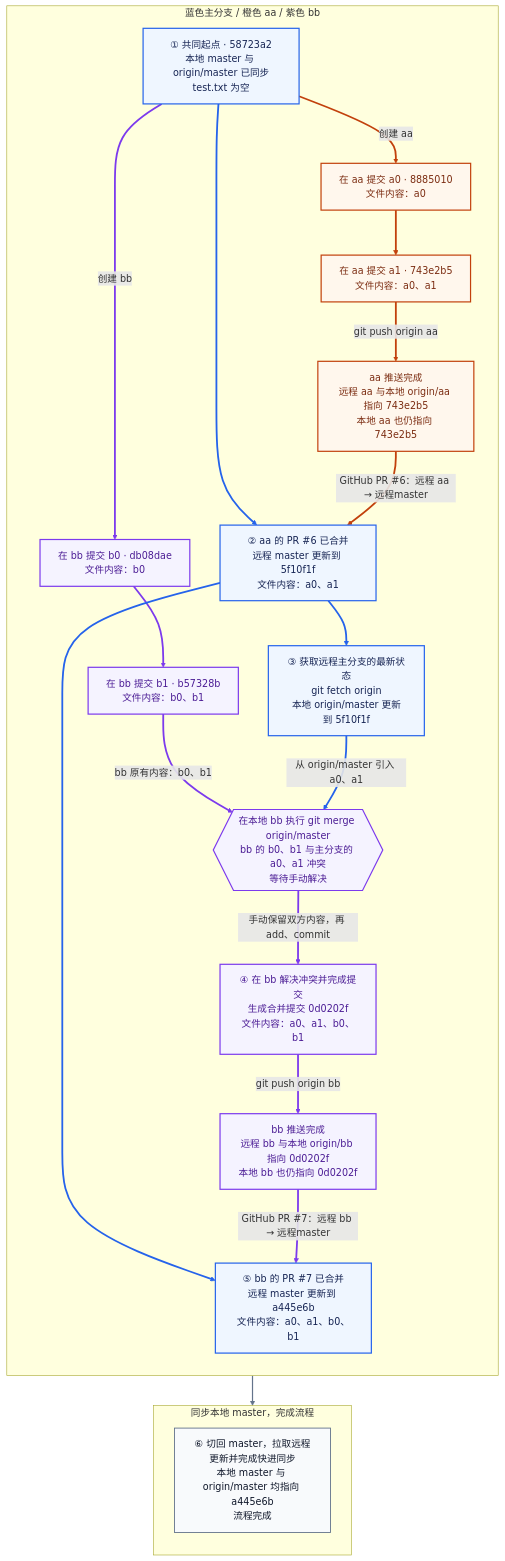
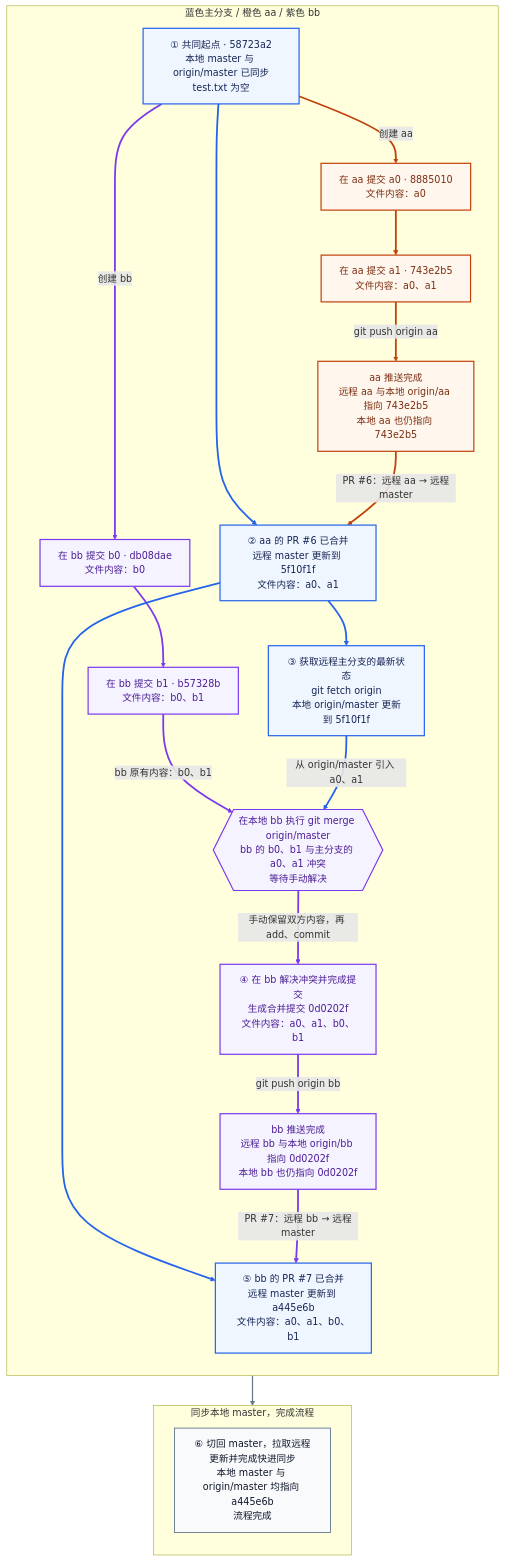
The diagram in git-team-workflow.md (dcdmm/Script), drawn with Mermaid before and after one commit. The commit also changed 1 other file, not shown here.

````diff
--- a/git-team-workflow.md
+++ b/git-team-workflow.md
@@ -1,56 +1,56 @@
 ```mermaid
 flowchart TD
     subgraph HISTORY["蓝色主分支 / 橙色 aa / 紫色 bb"]
         direction TD
 
         O["① 共同起点 · 58723a2<br/>本地 master 与 origin/master 已同步<br/>test.txt 为空"]
         A0["在 aa 提交 a0 · 8885010<br/>文件内容：a0"]
         A1["在 aa 提交 a1 · 743e2b5<br/>文件内容：a0、a1"]
         RA["aa 推送完成<br/>远程 aa 与本地 origin/aa 指向 743e2b5<br/>本地 aa 也仍指向 743e2b5"]
         B0["在 bb 提交 b0 · db08dae<br/>文件内容：b0"]
         B1["在 bb 提交 b1 · b57328b<br/>文件内容：b0、b1"]
         P6["② aa 的 PR #6 已合并<br/>远程 master 更新到 5f10f1f<br/>文件内容：a0、a1"]
         FM["③ 获取远程主分支的最新状态<br/>git fetch origin<br/>本地 origin/master 更新到 5f10f1f"]
         X{{"在本地 bb 执行 git merge origin/master<br/>bb 的 b0、b1 与主分支的 a0、a1 冲突<br/>等待手动解决"}}
         M["④ 在 bb 解决冲突并完成提交<br/>生成合并提交 0d0202f<br/>文件内容：a0、a1、b0、b1"]
         RB["bb 推送完成<br/>远程 bb 与本地 origin/bb 指向 0d0202f<br/>本地 bb 也仍指向 0d0202f"]
         P7["⑤ bb 的 PR #7 已合并<br/>远程 master 更新到 a445e6b<br/>文件内容：a0、a1、b0、b1"]
 
         O -->|"创建 aa"| A0
         A0 --> A1
         A1 -->|"git push origin aa"| RA
         O -->|"创建 bb"| B0
         B0 --> B1
         O --> P6
-        RA -->|"GitHub PR #6：远程 aa → 远程master"| P6
+        RA -->|"PR #6：远程 aa → 远程master"| P6
         P6 --> FM
         B1 -->|"bb 原有内容：b0、b1"| X
         FM -->|"从 origin/master 引入 a0、a1"| X
         X -->|"手动保留双方内容，再 add、commit"| M
         M -->|"git push origin bb"| RB
         P6 --> P7
-        RB -->|"GitHub PR #7：远程 bb → 远程master"| P7
+        RB -->|"PR #7：远程 bb → 远程master"| P7
     end
 
     subgraph FINISH["同步本地 master，完成流程"]
         direction TD
         S["⑥ 切回 master，拉取远程更新并完成快进同步<br/>本地 master 与 origin/master 均指向 a445e6b<br/>流程完成"]
     end
 
     P7 --> S
 
     classDef mainNode fill:#eff6ff,stroke:#2563eb,color:#172554,stroke-width:2px;
     classDef aaNode fill:#fff7ed,stroke:#c2410c,color:#7c2d12,stroke-width:2px;
     classDef bbNode fill:#f5f3ff,stroke:#7c3aed,color:#4c1d95,stroke-width:2px;
     classDef actionNode fill:#f8fafc,stroke:#64748b,color:#0f172a,stroke-width:1.5px;
 
     class O,P6,FM,P7 mainNode;
     class A0,A1,RA aaNode;
     class B0,B1,X,M,RB bbNode;
     class S actionNode;
 
     linkStyle 0,1,2,6 stroke:#c2410c,stroke-width:3px;
     linkStyle 3,4,8,10,11,13 stroke:#7c3aed,stroke-width:3px;
     linkStyle 5,7,9,12 stroke:#2563eb,stroke-width:3px;
     linkStyle 14 stroke:#64748b,stroke-width:2px;
 ```
````
